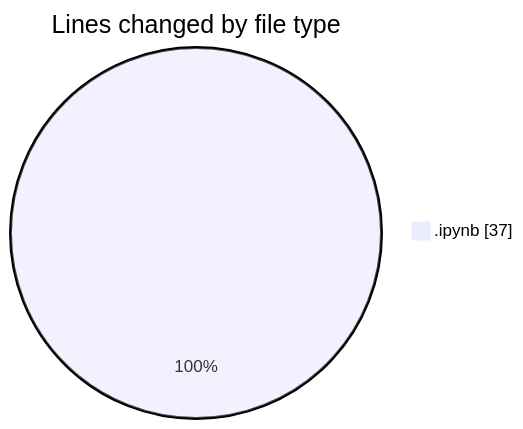
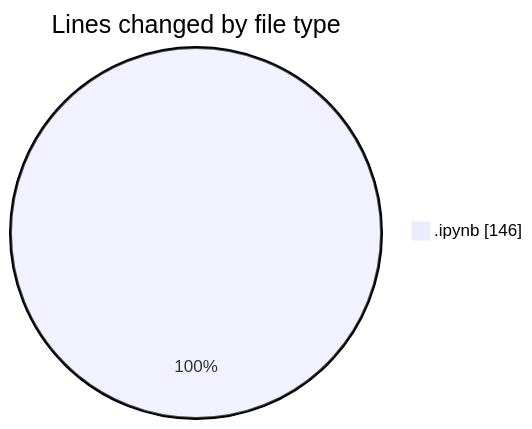
Before and after one commit to MatusMokan/code-tracking: the first of 2 diagrams in 2025-05-07/myws__workspace_/README.md, drawn with Mermaid. The commit also changed other lines of this file and 1 other file, not shown here.

````diff
--- a/2025-05-07/myws__workspace_/README.md
+++ b/2025-05-07/myws__workspace_/README.md
@@ -20,5 +20,5 @@
 ```mermaid
 pie showData
 title Lines changed by file type
-".ipynb" : 37
+".ipynb" : 146
 ```
````
